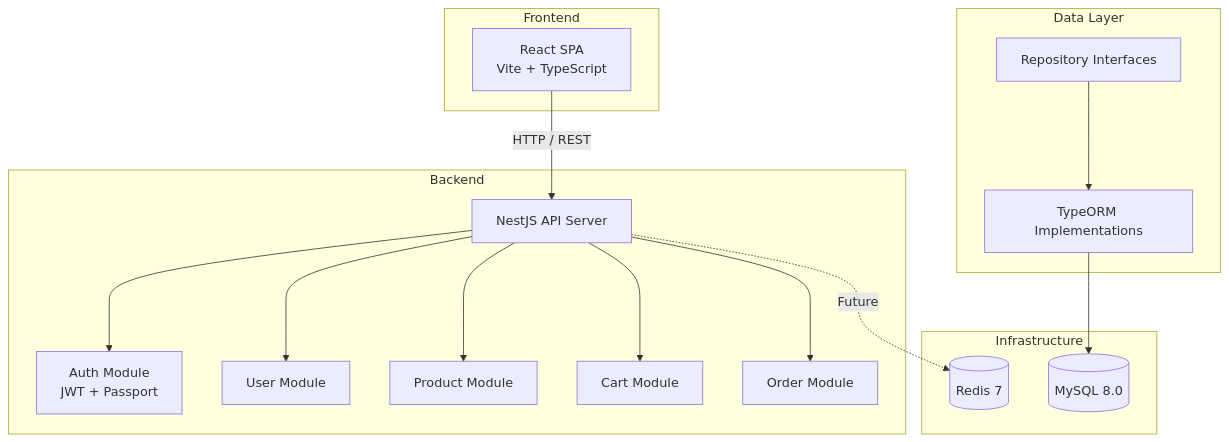
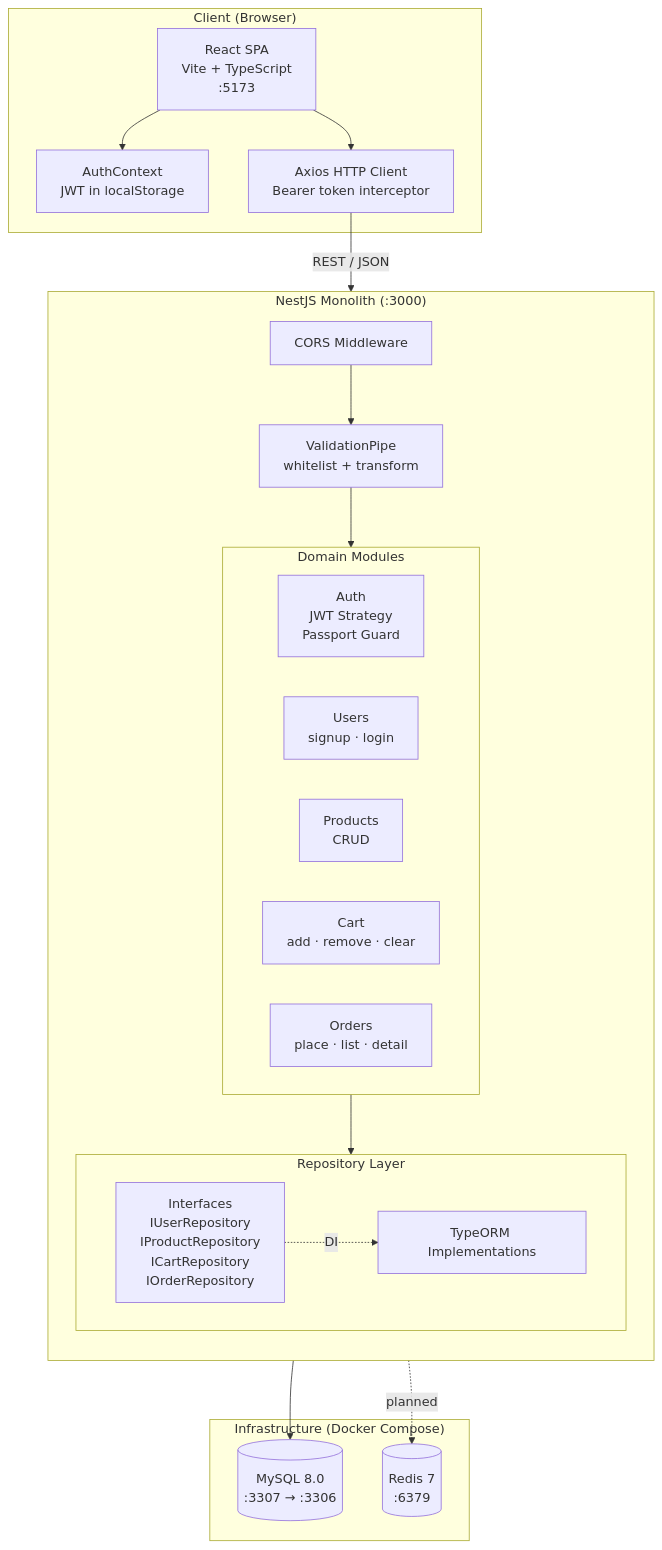
Before and after one commit to ayyanar-03/shopforge: the diagram in README.md, drawn with Mermaid. The commit also changed other lines of this file, not shown here.

First line of the commit message:
docs: update README with detailed architecture diagram and setup instructions

````diff
--- a/README.md
+++ b/README.md
@@ -71,36 +7,46 @@
 ```mermaid
 graph TB
-    subgraph Frontend
-        React[React SPA<br/>Vite + TypeScript]
+    subgraph Client["Client (Browser)"]
+        React["React SPA<br/>Vite + TypeScript<br/>:5173"]
+        AuthCtx["AuthContext<br/>JWT in localStorage"]
+        AxiosClient["Axios HTTP Client<br/>Bearer token interceptor"]
+        React --> AuthCtx
+        React --> AxiosClient
     end
 
-    subgraph Backend
-        NestJS[NestJS API Server]
-        AuthModule[Auth Module<br/>JWT + Passport]
-        UserModule[User Module]
-        ProductModule[Product Module]
-        CartModule[Cart Module]
-        OrderModule[Order Module]
+    subgraph Server["NestJS Monolith (:3000)"]
+        direction TB
+        CORS["CORS Middleware"]
+        ValidationPipe["ValidationPipe<br/>whitelist + transform"]
+        CORS --> ValidationPipe
 
-        NestJS --> AuthModule
-        NestJS --> UserModule
-        NestJS --> ProductModule
-        NestJS --> CartModule
-        NestJS --> OrderModule
+        subgraph Modules["Domain Modules"]
+            direction LR
+            AuthMod["Auth<br/>JWT Strategy<br/>Passport Guard"]
+            UserMod["Users<br/>signup · login"]
+            ProductMod["Products<br/>CRUD"]
+            CartMod["Cart<br/>add · remove · clear"]
+            OrderMod["Orders<br/>place · list · detail"]
+        end
+
+        ValidationPipe --> Modules
+
+        subgraph RepoLayer["Repository Layer"]
+            direction LR
+            IRepos["Interfaces<br/>IUserRepository<br/>IProductRepository<br/>ICartRepository<br/>IOrderRepository"]
+            TypeORMRepos["TypeORM Implementations"]
+            IRepos -. "DI" .-> TypeORMRepos
+        end
+
+        Modules --> RepoLayer
     end
 
-    subgraph Data Layer
-        RepoInterfaces[Repository Interfaces]
-        TypeORMImpl[TypeORM Implementations]
-        RepoInterfaces --> TypeORMImpl
+    subgraph Infra["Infrastructure (Docker Compose)"]
+        MySQL[("MySQL 8.0<br/>:3307 → :3306")]
+        Redis[("Redis 7<br/>:6379")]
     end
 
-    subgraph Infrastructure
-        MySQL[(MySQL 8.0)]
-        Redis[(Redis 7)]
-    end
-
-    React -->|HTTP / REST| NestJS
-    TypeORMImpl --> MySQL
-    NestJS -.->|Future| Redis
+    AxiosClient -->|"REST / JSON"| CORS
+    TypeORMRepos --> MySQL
+    Server -. "planned" .-> Redis
 ```
````
